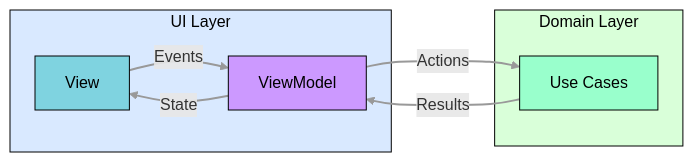
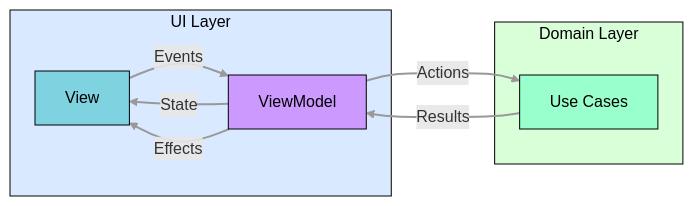
One commit to thunderbird/thunderbird-android changed the third of 4 diagrams in docs/architecture/ui-architecture.md. Above: the diagram before and after it, drawn with Mermaid. The commit also changed other lines of this file, not shown here.

Commit message:
docs(architecture): rewrite ui architecture with more details and examples

````diff
--- a/docs/architecture/ui-architecture.md
+++ b/docs/architecture/ui-architecture.md
@@ -152,30 +221,31 @@
 ```mermaid
 graph LR
     subgraph UI[UI Layer]
         VIEW[View]
         VIEW_MODEL[ViewModel]
     end
 
     subgraph DOMAIN[Domain Layer]
         USE_CASE[Use Cases]
     end
 
     VIEW --> |Events| VIEW_MODEL
     VIEW_MODEL --> |State| VIEW
+    VIEW_MODEL --> |Effects| VIEW
     VIEW_MODEL --> |Actions| USE_CASE
     USE_CASE --> |Results| VIEW_MODEL
 
     classDef ui_layer fill:#d9e9ff,stroke:#000000,color:#000000
     classDef view fill:#7fd3e0,stroke:#000000,color:#000000
     classDef view_model fill:#cc99ff,stroke:#000000,color:#000000
     classDef domain_layer fill:#d9ffd9,stroke:#000000,color:#000000
     classDef use_case fill:#99ffcc,stroke:#000000,color:#000000
 
     linkStyle default stroke:#999,stroke-width:2px
 
     class UI ui_layer
     class VIEW view
     class VIEW_MODEL view_model
     class DOMAIN domain_layer
     class USE_CASE use_case
 ```
````
